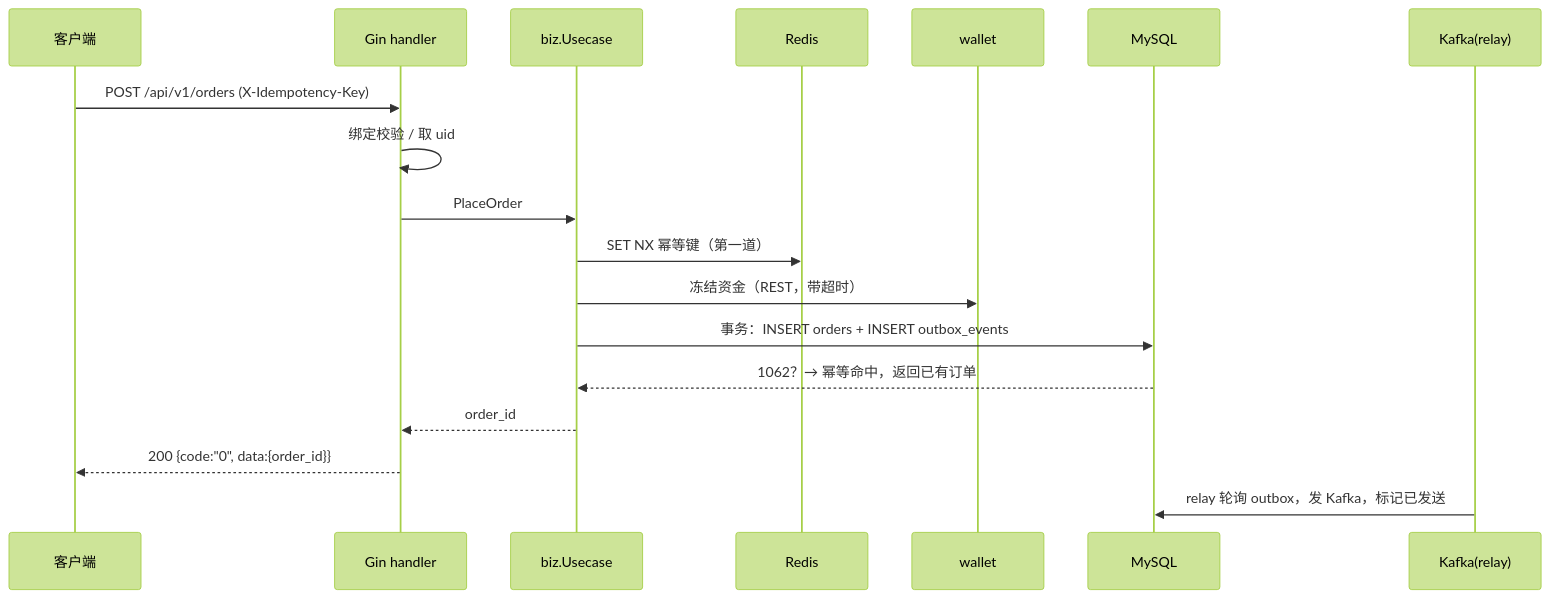
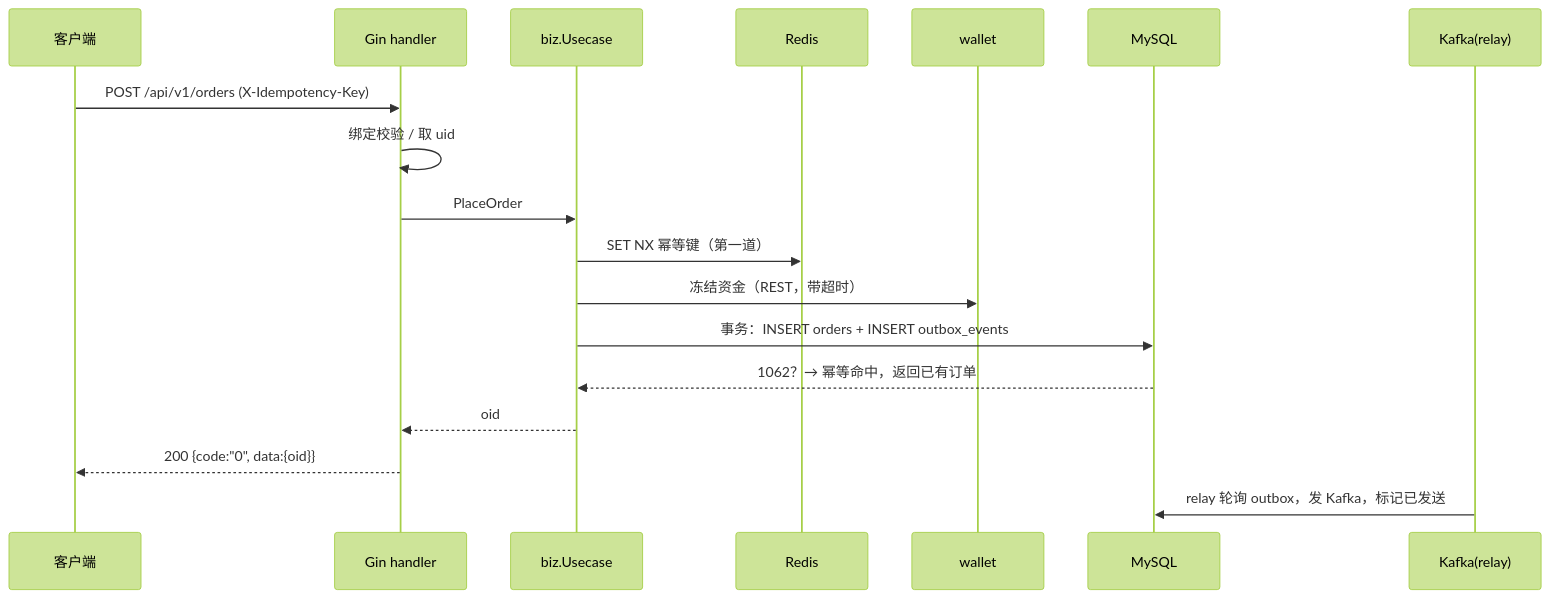
Before and after one commit to kary2999/go-skill-v2: the diagram in codex/go-team-standards/references/tech-design-example.md, drawn with Mermaid (forest theme). The commit also changed other lines of this file and 62 other files, not shown here.

````diff
--- a/codex/go-team-standards/references/tech-design-example.md
+++ b/codex/go-team-standards/references/tech-design-example.md
@@ -130,21 +130,21 @@
 ```mermaid
 sequenceDiagram
     participant C as 客户端
     participant G as Gin handler
     participant B as biz.Usecase
     participant R as Redis
     participant W as wallet
     participant M as MySQL
     participant K as Kafka(relay)
 
     C->>G: POST /api/v1/orders (X-Idempotency-Key)
     G->>G: 绑定校验 / 取 uid
     G->>B: PlaceOrder
     B->>R: SET NX 幂等键（第一道）
     B->>W: 冻结资金（REST，带超时）
     B->>M: 事务：INSERT orders + INSERT outbox_events
     M-->>B: 1062？→ 幂等命中，返回已有订单
-    B-->>G: order_id
-    G-->>C: 200 {code:"0", data:{order_id}}
+    B-->>G: oid
+    G-->>C: 200 {code:"0", data:{oid}}
     K->>M: relay 轮询 outbox，发 Kafka，标记已发送
 ```
````
